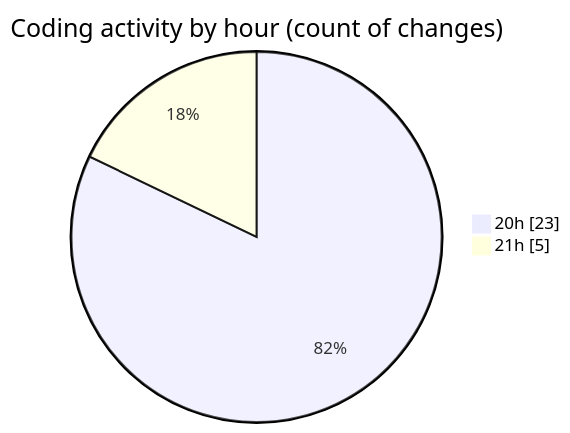
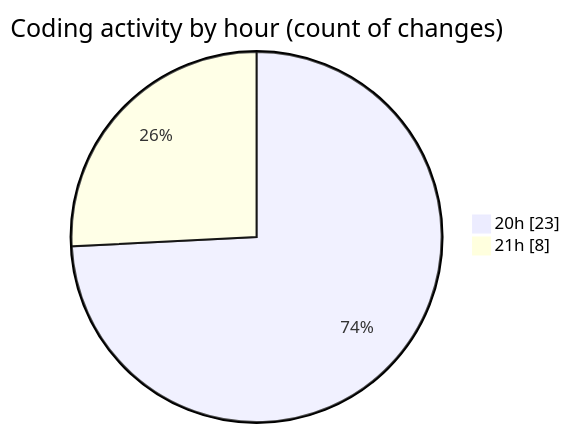
One commit to idhammustaqopulfikri/code-tracking changed the second of 2 diagrams in 2025-05-25/bookingpodcas/README.md. Above: the diagram before and after it, drawn with Mermaid. The commit also changed other lines of this file and 1 other file, not shown here.

````diff
--- a/2025-05-25/bookingpodcas/README.md
+++ b/2025-05-25/bookingpodcas/README.md
@@ -43,6 +43,6 @@
 ```mermaid
 pie showData
 title Coding activity by hour (count of changes)
 "20h" : 23
-"21h" : 5
+"21h" : 8
 ```
````
